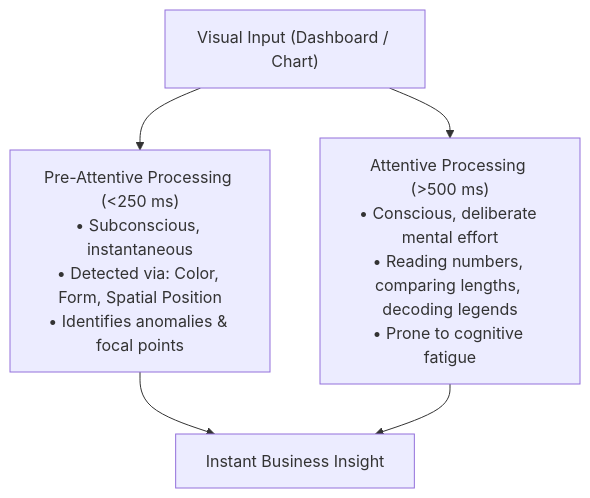
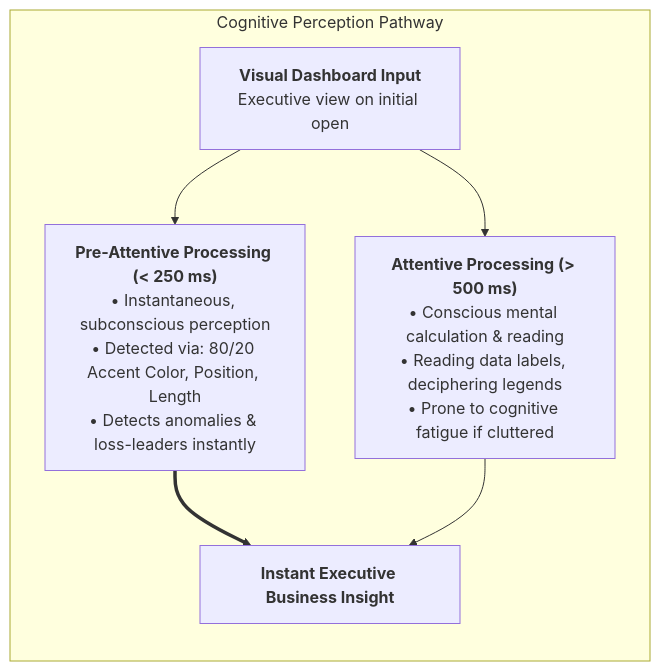
Before and after one commit to Sohila-Khaled-Abbas/COURSE-EXCEL-ZERO-TO-HERO: the first of 4 diagrams in 02_Notes/06_Data_Analysis_Charts/02_Formatting_and_Chart_Design_Rules.md, drawn with Mermaid. The commit also changed other lines of this file and 5 other files, not shown here.

Commit message:
docs(module-06): ground all chart notes in Module_6_Demo.xlsx, add roadmap diagrams and Module 6 reference doc

````diff
--- a/02_Notes/06_Data_Analysis_Charts/02_Formatting_and_Chart_Design_Rules.md
+++ b/02_Notes/06_Data_Analysis_Charts/02_Formatting_and_Chart_Design_Rules.md
@@ -35,7 +35,14 @@
 ```mermaid
 flowchart TD
-    Visual["Visual Input (Dashboard / Chart)"] --> Pre["Pre-Attentive Processing (<250 ms)<br/>• Subconscious, instantaneous<br/>• Detected via: Color, Form, Spatial Position<br/>• Identifies anomalies & focal points"]
-    Visual --> Att["Attentive Processing (>500 ms)<br/>• Conscious, deliberate mental effort<br/>• Reading numbers, comparing lengths, decoding legends<br/>• Prone to cognitive fatigue"]
-    Pre --> Insight["Instant Business Insight"]
-    Att --> Insight
+    subgraph PreAttentiveRoadmap ["Cognitive Perception Pathway"]
+        direction TB
+        Visual["<b>Visual Dashboard Input</b><br/>Executive view on initial open"] 
+        
+        Visual --> Pre["<b>Pre-Attentive Processing (< 250 ms)</b><br/>• Instantaneous, subconscious perception<br/>• Detected via: 80/20 Accent Color, Position, Length<br/>• Detects anomalies & loss-leaders instantly"]
+        
+        Visual --> Att["<b>Attentive Processing (> 500 ms)</b><br/>• Conscious mental calculation & reading<br/>• Reading data labels, deciphering legends<br/>• Prone to cognitive fatigue if cluttered"]
+        
+        Pre ==> Insight["<b>Instant Executive Business Insight</b>"]
+        Att --> Insight
+    end
 ```
````
